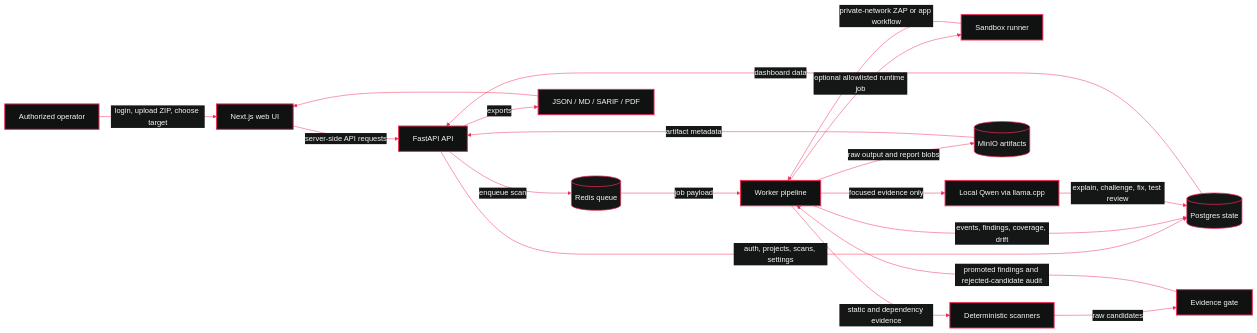
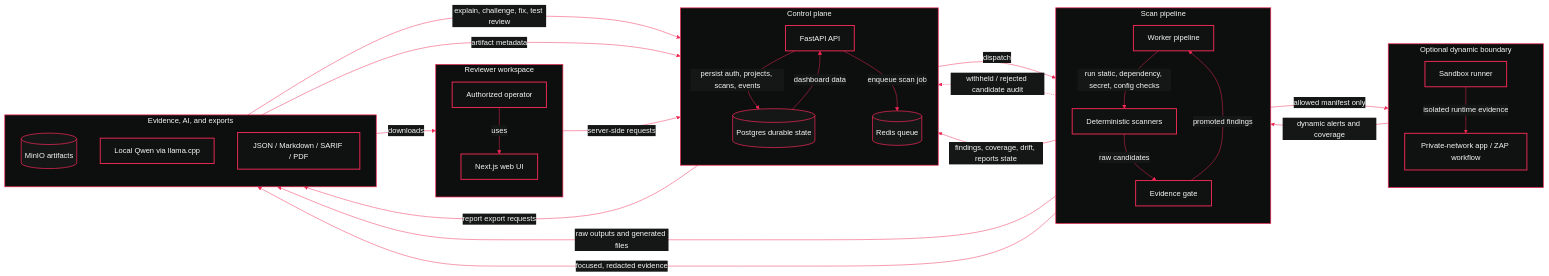
One commit to muneeb-anjum0/NOPE changed the diagram in README.md. Above: the diagram before and after it, drawn with Mermaid. The commit also changed other lines of this file, not shown here.

Commit message:
docs: refine README voice and architecture diagram

````diff
--- a/README.md
+++ b/README.md
@@ -60,40 +57,68 @@
   }
 }}%%
 flowchart LR
-  user["Authorized operator"]
-  web["Next.js web UI"]
-  api["FastAPI API"]
-  queue[("Redis queue")]
-  db[("Postgres state")]
-  worker["Worker pipeline"]
-  runner["Sandbox runner"]
-  scanners["Deterministic scanners"]
-  gate["Evidence gate"]
-  minio[("MinIO artifacts")]
-  qwen["Local Qwen via llama.cpp"]
-  reports["JSON / MD / SARIF / PDF"]
+  subgraph client["Reviewer workspace"]
+    direction TB
+    user["Authorized operator"]
+    web["Next.js web UI"]
+  end
 
-  user -->|"login, upload ZIP, choose target"| web
-  web -->|"server-side API requests"| api
-  api -->|"auth, projects, scans, settings"| db
-  api -->|"enqueue scan"| queue
-  queue -->|"job payload"| worker
-  worker -->|"static and dependency evidence"| scanners
-  worker -->|"optional allowlisted runtime job"| runner
-  runner -->|"private-network ZAP or app workflow"| worker
+  subgraph control["Control plane"]
+    direction TB
+    api["FastAPI API"]
+    queue[("Redis queue")]
+    db[("Postgres durable state")]
+  end
+
+  subgraph pipeline["Scan pipeline"]
+    direction TB
+    worker["Worker pipeline"]
+    scanners["Deterministic scanners"]
+    gate["Evidence gate"]
+  end
+
+  subgraph dynamic["Optional dynamic boundary"]
+    direction TB
+    runner["Sandbox runner"]
+    zap["Private-network app / ZAP workflow"]
+  end
+
+  subgraph outputs["Evidence, AI, and exports"]
+    direction TB
+    minio[("MinIO artifacts")]
+    qwen["Local Qwen via llama.cpp"]
+    reports["JSON / Markdown / SARIF / PDF"]
+  end
+
+  user -->|"uses"| web
+  web -->|"server-side requests"| api
+  api -->|"persist auth, projects, scans, events"| db
+  api -->|"enqueue scan job"| queue
+  queue -->|"dispatch"| worker
+
+  worker -->|"run static, dependency, secret, config checks"| scanners
   scanners -->|"raw candidates"| gate
-  gate -->|"promoted findings and rejected-candidate audit"| worker
-  worker -->|"events, findings, coverage, drift"| db
-  worker -->|"raw output and report blobs"| minio
-  worker -->|"focused evidence only"| qwen
+  gate -->|"promoted findings"| worker
+  gate -.->|"withheld / rejected candidate audit"| db
+
+  worker -->|"allowed manifest only"| runner
+  runner -->|"isolated runtime evidence"| zap
+  zap -->|"dynamic alerts and coverage"| worker
+
+  worker -->|"findings, coverage, drift, reports state"| db
+  worker -->|"raw outputs and generated files"| minio
+  worker -->|"focused, redacted evidence"| qwen
   qwen -->|"explain, challenge, fix, test review"| db
+
   db -->|"dashboard data"| api
   minio -->|"artifact metadata"| api
-  api -->|"exports"| reports
-  reports --> web
+  api -->|"report export requests"| reports
+  reports -->|"downloads"| web
 
+  classDef lane fill:#0d0f0e,stroke:#f02a56,stroke-width:1.5px,color:#f5f7f5;
   classDef service fill:#101211,stroke:#f02a56,stroke-width:2px,color:#f5f7f5;
   classDef store fill:#141716,stroke:#f02a56,stroke-width:1.5px,color:#f5f7f5;
-  class user,web,api,worker,runner,scanners,gate,qwen,reports service;
+  class client,control,pipeline,dynamic,outputs lane;
+  class user,web,api,worker,scanners,gate,runner,zap,qwen,reports service;
   class queue,db,minio store;
 ```
````
